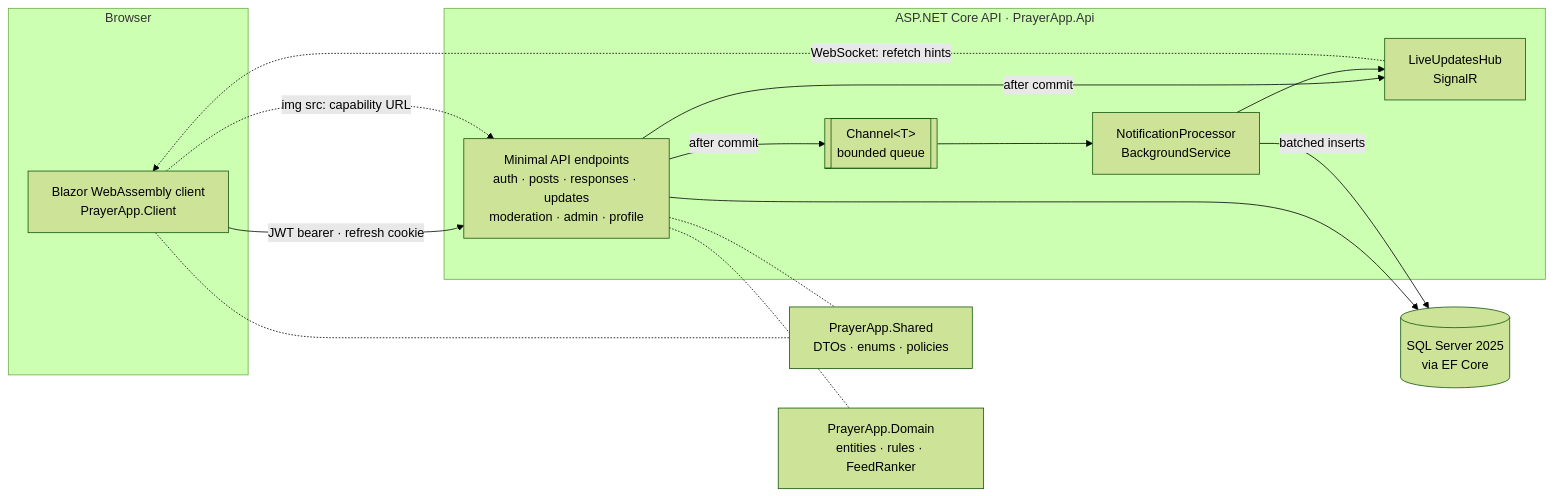
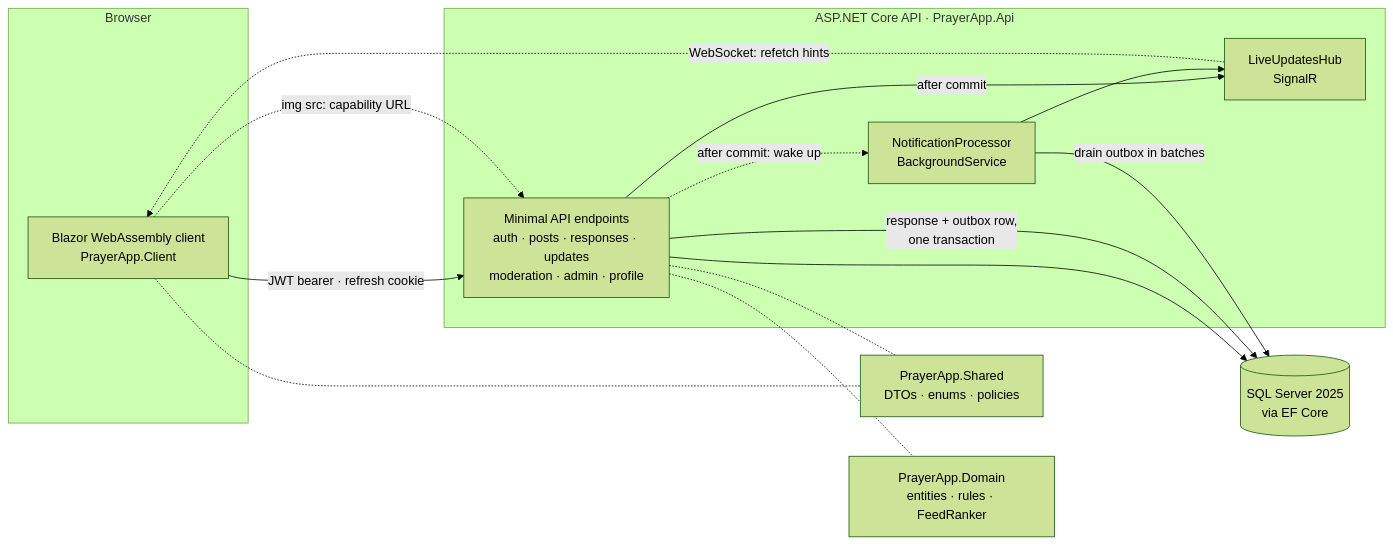
Before and after one commit to VinnyL12/PrayerApp: the diagram in README.md, drawn with Mermaid (forest theme). The commit also changed other lines of this file and 14 other files, not shown here.

First line of the commit message:
Make response notifications durable with a transactional outbox

````diff
--- a/README.md
+++ b/README.md
@@ -55,28 +55,29 @@
 ```mermaid
 flowchart LR
     subgraph Browser
         Client["Blazor WebAssembly client<br/>PrayerApp.Client"]
     end
 
     subgraph API["ASP.NET Core API · PrayerApp.Api"]
         Endpoints["Minimal API endpoints<br/>auth · posts · responses · updates<br/>moderation · admin · profile"]
-        Queue[["Channel&lt;T&gt;<br/>bounded queue"]]
         Processor["NotificationProcessor<br/>BackgroundService"]
         Hub["LiveUpdatesHub<br/>SignalR"]
     end
 
     DB[("SQL Server 2025<br/>via EF Core")]
     Shared["PrayerApp.Shared<br/>DTOs · enums · policies"]
     Domain["PrayerApp.Domain<br/>entities · rules · FeedRanker"]
 
     Client -- "JWT bearer · refresh cookie" --> Endpoints
     Client -. "img src: capability URL" .-> Endpoints
     Endpoints --> DB
-    Endpoints -- "after commit" --> Queue --> Processor -- "batched inserts" --> DB
+    Endpoints -- "response + outbox row,<br/>one transaction" --> DB
+    Endpoints -. "after commit: wake up" .-> Processor
+    Processor -- "drain outbox in batches" --> DB
     Endpoints -- "after commit" --> Hub
     Processor --> Hub
     Hub -. "WebSocket: refetch hints" .-> Client
     Client -.- Shared
     Endpoints -.- Shared
     Endpoints -.- Domain
 ```
````
